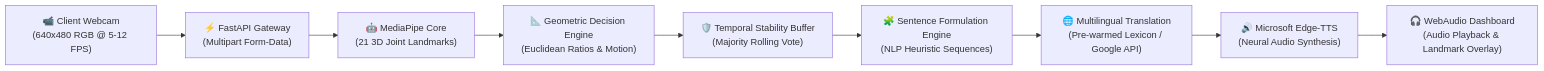
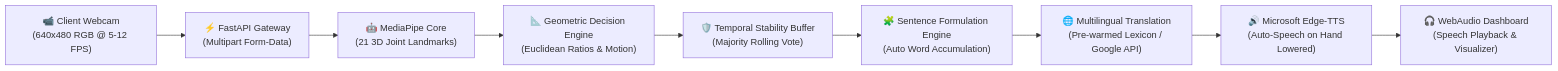
Before and after one commit to ritesh0w0/Sign2Voice: the diagram in README.md, drawn with Mermaid. The commit also changed other lines of this file and 13 other files, not shown here.

Commit message:
feat: hands-free auto word accumulation, auto sentence speech on pause, expand to 15 gestures, and remove API docs link

````diff
--- a/README.md
+++ b/README.md
@@ -63,11 +65,11 @@
 ```mermaid
 flowchart LR
     A["📹 Client Webcam<br/>(640x480 RGB @ 5-12 FPS)"] --> B["⚡ FastAPI Gateway<br/>(Multipart Form-Data)"]
     B --> C["🤖 MediaPipe Core<br/>(21 3D Joint Landmarks)"]
     C --> D["📐 Geometric Decision Engine<br/>(Euclidean Ratios & Motion)"]
     D --> E["🛡️ Temporal Stability Buffer<br/>(Majority Rolling Vote)"]
-    E --> F["🧩 Sentence Formulation Engine<br/>(NLP Heuristic Sequences)"]
+    E --> F["🧩 Sentence Formulation Engine<br/>(Auto Word Accumulation)"]
     F --> G["🌐 Multilingual Translation<br/>(Pre-warmed Lexicon / Google API)"]
-    G --> H["🔊 Microsoft Edge-TTS<br/>(Neural Audio Synthesis)"]
-    H --> I["🎧 WebAudio Dashboard<br/>(Audio Playback & Landmark Overlay)"]
+    G --> H["🔊 Microsoft Edge-TTS<br/>(Auto-Speech on Hand Lowered)"]
+    H --> I["🎧 WebAudio Dashboard<br/>(Speech Playback & Visualizer)"]
 ```
````
